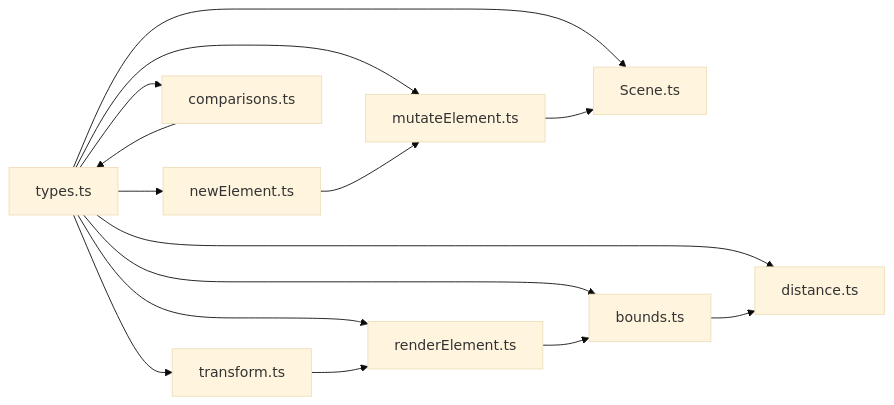
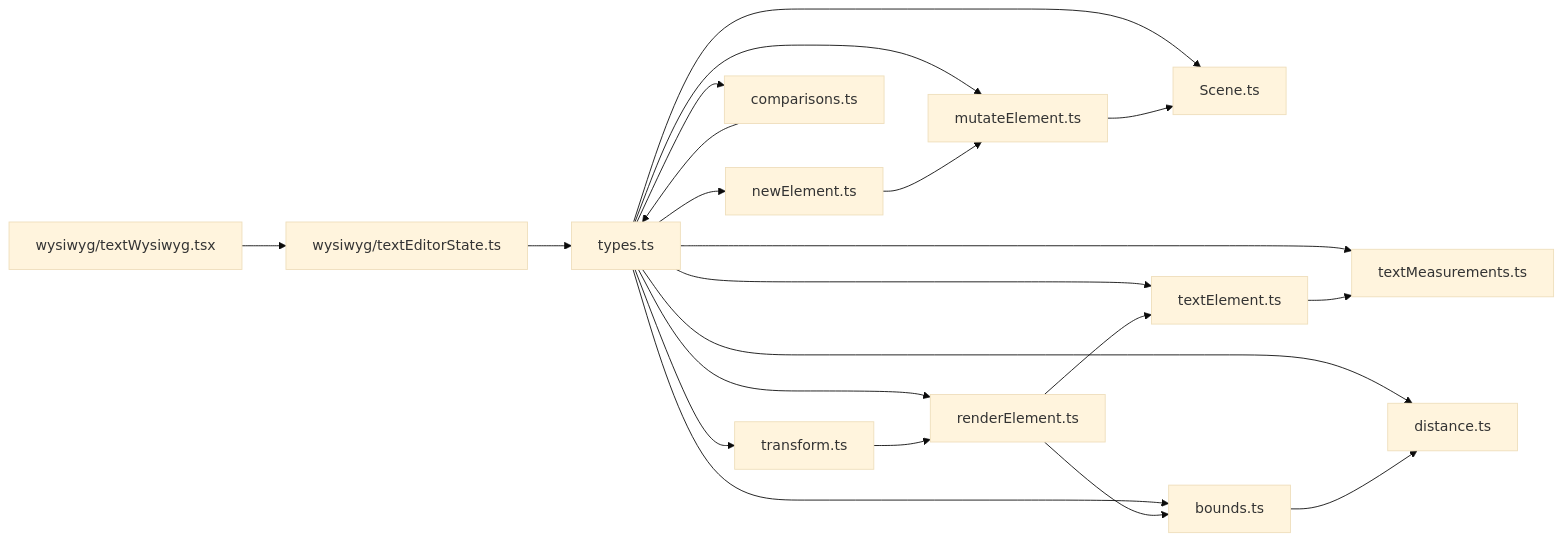
The eighth of 8 diagrams in .qoder/repowiki/zh/content/元素系统/元素系统.md (Az-qianchen/Excalidraw), drawn with Mermaid (base theme) before and after one commit. The commit also changed other lines of this file and 14 other files, not shown here.

````diff
--- a/.qoder/repowiki/zh/content/元素系统/元素系统.md
+++ b/.qoder/repowiki/zh/content/元素系统/元素系统.md
@@ -363,17 +464,23 @@
 ```mermaid
 graph LR
 Types["types.ts"] --> NewE["newElement.ts"]
 Types --> MutE["mutateElement.ts"]
 Types --> Scene["Scene.ts"]
 Types --> Trans["transform.ts"]
 Types --> Ren["renderElement.ts"]
 Types --> Boun["bounds.ts"]
 Types --> Dist["distance.ts"]
 Types --> Comp["comparisons.ts"]
+Types --> TexT["textElement.ts"]
+Types --> TexM["textMeasurements.ts"]
+TexT --> TexM
+Ren --> TexT
+TexES["wysiwyg/textEditorState.ts"] --> Types
+TexW["wysiwyg/textWysiwyg.tsx"] --> TexES
 NewE --> MutE
 MutE --> Scene
 Trans --> Ren
 Ren --> Boun
 Boun --> Dist
 Comp --> Types
 ```
````
